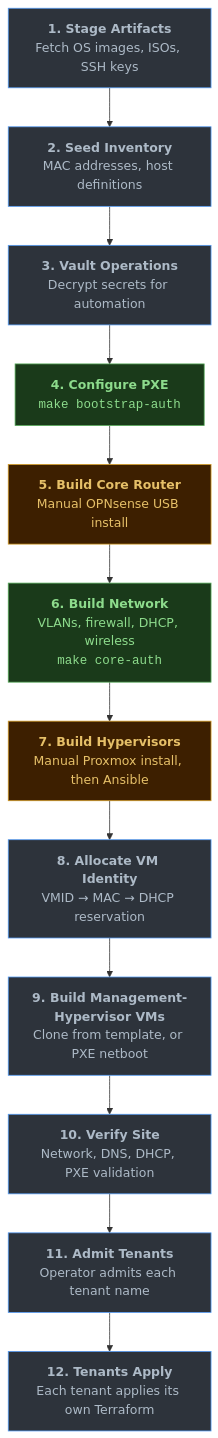
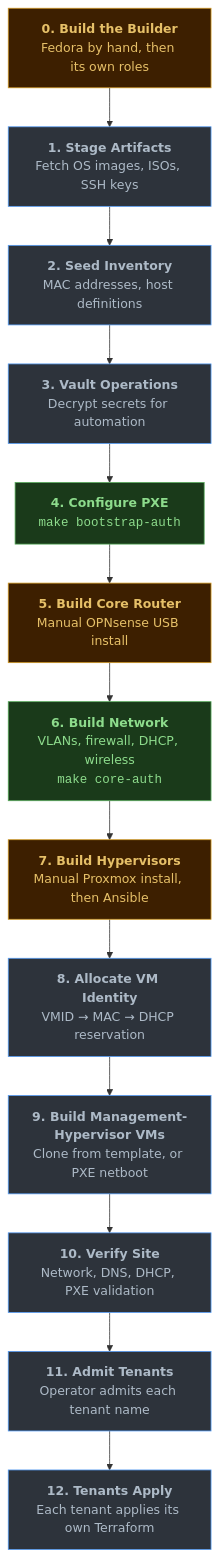
One commit to deevnet/deevnet-docs changed the diagram in content/docs/runbook/substrate/building-recovery/_index.md. Above: the diagram before and after it, drawn with Mermaid. The commit also changed other lines of this file and 5 other files, not shown here.

First line of the commit message:
Runbook: Build the Builder, one build order, and a recovery chart

```diff
--- a/content/docs/runbook/substrate/building-recovery/_index.md
+++ b/content/docs/runbook/substrate/building-recovery/_index.md
@@ -63,21 +63,22 @@
 {{< mermaid >}}
 flowchart TD
+    Z["<b>0. Build the Builder</b><br/>Fedora by hand, then its own roles"]:::manual
     A["<b>1. Stage Artifacts</b><br/>Fetch OS images, ISOs, SSH keys"]
     B["<b>2. Seed Inventory</b><br/>MAC addresses, host definitions"]
     C["<b>3. Vault Operations</b><br/>Decrypt secrets for automation"]
     D["<b>4. Configure PXE</b><br/><code>make bootstrap-auth</code>"]:::transition
     E["<b>5. Build Core Router</b><br/>Manual OPNsense USB install"]:::manual
     F["<b>6. Build Network</b><br/>VLANs, firewall, DHCP, wireless<br/><code>make core-auth</code>"]:::transition
     G["<b>7. Build Hypervisors</b><br/>Manual Proxmox install, then Ansible"]:::manual
     H["<b>8. Allocate VM Identity</b><br/>VMID &rarr; MAC &rarr; DHCP reservation"]
     I["<b>9. Build Management-Hypervisor VMs</b><br/>Clone from template, or PXE netboot"]
     J["<b>10. Verify Site</b><br/>Network, DNS, DHCP, PXE validation"]
     K["<b>11. Admit Tenants</b><br/>Operator admits each tenant name"]
     L["<b>12. Tenants Apply</b><br/>Each tenant applies its own Terraform"]
 
-    A --> B --> C --> D --> E --> F --> G --> H --> I --> J --> K --> L
+    Z --> A --> B --> C --> D --> E --> F --> G --> H --> I --> J --> K --> L
 
     classDef default fill:#2d333b,stroke:#539bf5,color:#adbac7
     classDef transition fill:#1a3a1a,stroke:#57ab5a,color:#8ddb8c
     classDef manual fill:#3d1f00,stroke:#d29922,color:#e6c068
 {{< /mermaid >}}
```
